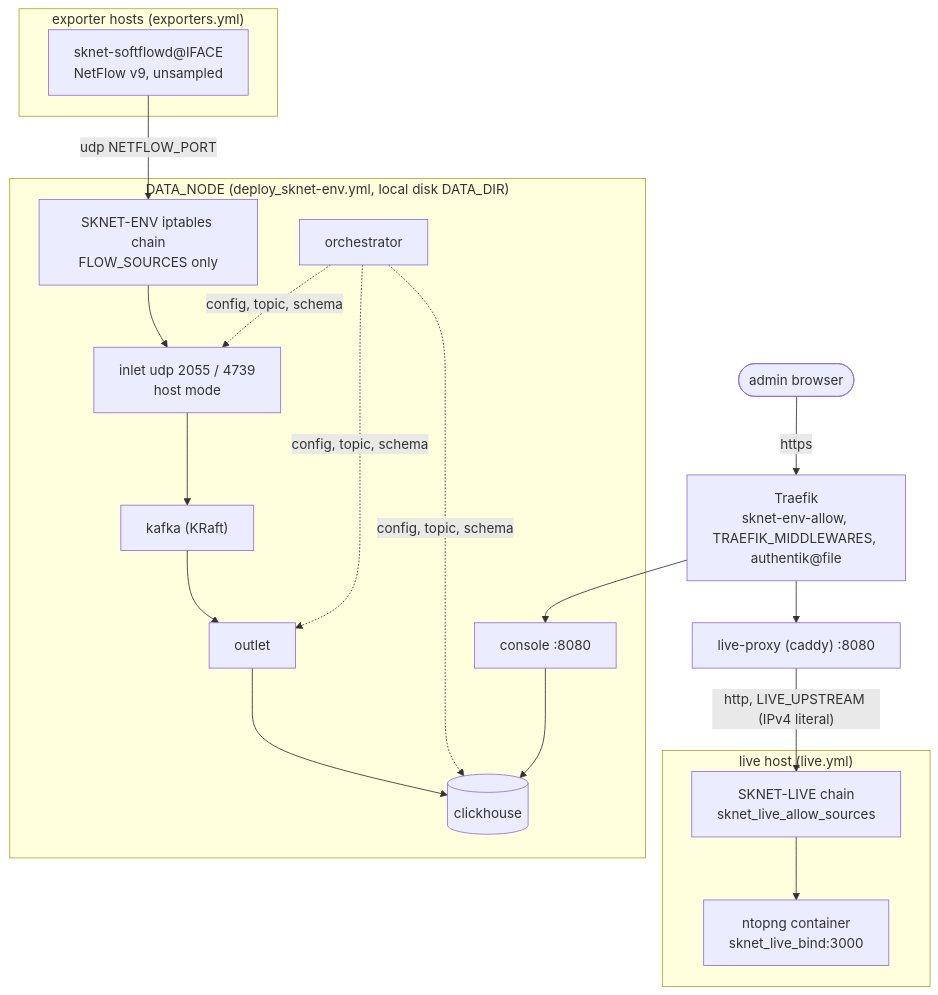
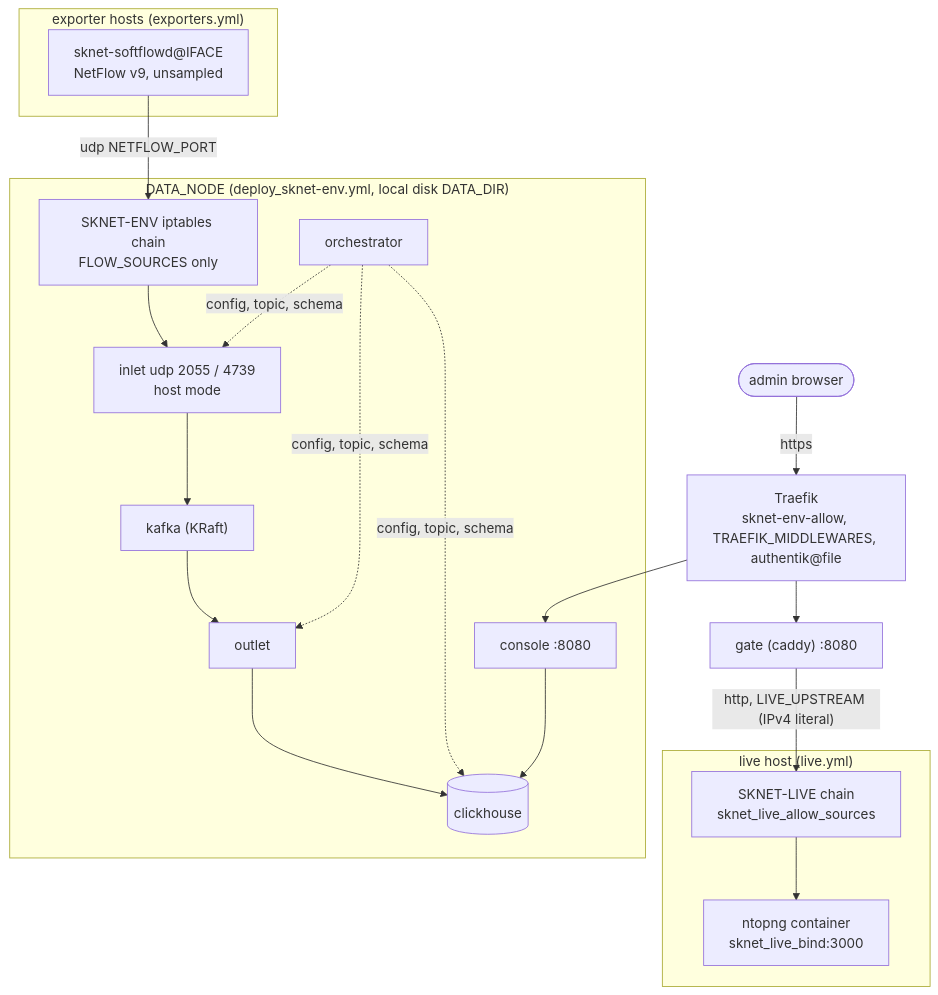
The first of 2 diagrams in v1/ansible/optional/sknet/SOP.md (smilinTux/skstacks), drawn with Mermaid before and after one commit. The commit also changed other lines of this file and 11 other files, not shown here.

````diff
--- a/v1/ansible/optional/sknet/SOP.md
+++ b/v1/ansible/optional/sknet/SOP.md
@@ -32,29 +32,29 @@
 ```mermaid
 flowchart TD
     subgraph exp["exporter hosts (exporters.yml)"]
       sf["sknet-softflowd@IFACE<br/>NetFlow v9, unsampled"]
     end
     subgraph node["DATA_NODE (deploy_sknet-env.yml, local disk DATA_DIR)"]
       fw["SKNET-ENV iptables chain<br/>FLOW_SOURCES only"]
       inlet["inlet udp 2055 / 4739<br/>host mode"]
       kafka["kafka (KRaft)"]
       outlet["outlet"]
       ch[("clickhouse")]
       orch["orchestrator"]
       con["console :8080"]
     end
     subgraph live["live host (live.yml)"]
       nfw["SKNET-LIVE chain<br/>sknet_live_allow_sources"]
       ntop["ntopng container<br/>sknet_live_bind:3000"]
     end
-    proxy["live-proxy (caddy) :8080"]
+    proxy["gate (caddy) :8080"]
     traefik["Traefik<br/>sknet-env-allow, TRAEFIK_MIDDLEWARES, authentik@file"]
     admin(["admin browser"])
 
     sf -->|"udp NETFLOW_PORT"| fw --> inlet --> kafka --> outlet --> ch
     orch -.->|"config, topic, schema"| inlet & outlet & ch
     con --> ch
     admin -->|"https"| traefik
     traefik --> con
     traefik --> proxy -->|"http, LIVE_UPSTREAM (IPv4 literal)"| nfw --> ntop
 ```
````
